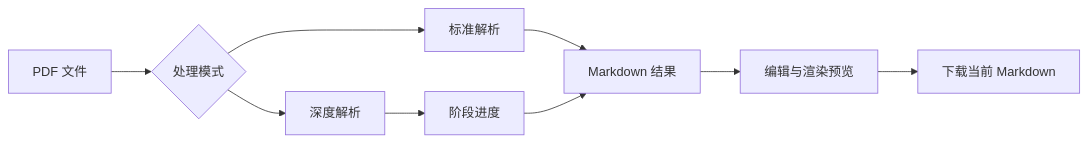
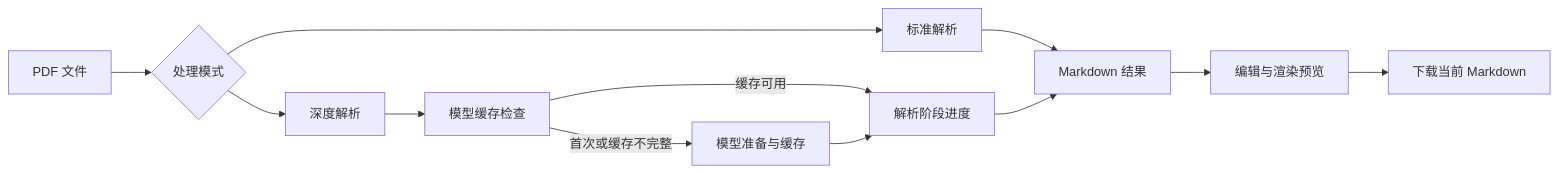
One commit to ddll8023/tools changed the third of 8 diagrams in doc/模块说明文档.md. Above: the diagram before and after it, drawn with Mermaid. The commit also changed other lines of this file and 7 other files, not shown here.

````diff
--- a/doc/模块说明文档.md
+++ b/doc/模块说明文档.md
@@ -344,11 +346,14 @@
 ```mermaid
 flowchart LR
     PDFFile[PDF 文件] --> Mode{处理模式}
     Mode --> Standard[标准解析]
     Mode --> Deep[深度解析]
-    Deep --> Progress[阶段进度]
+    Deep --> Prepare[模型缓存检查]
+    Prepare -->|首次或缓存不完整| ModelDownload[模型准备与缓存]
+    Prepare -->|缓存可用| Progress[解析阶段进度]
+    ModelDownload --> Progress
     Standard --> Markdown[Markdown 结果]
     Progress --> Markdown
     Markdown --> Edit[编辑与渲染预览]
     Edit --> Download[下载当前 Markdown]
 ```
````
